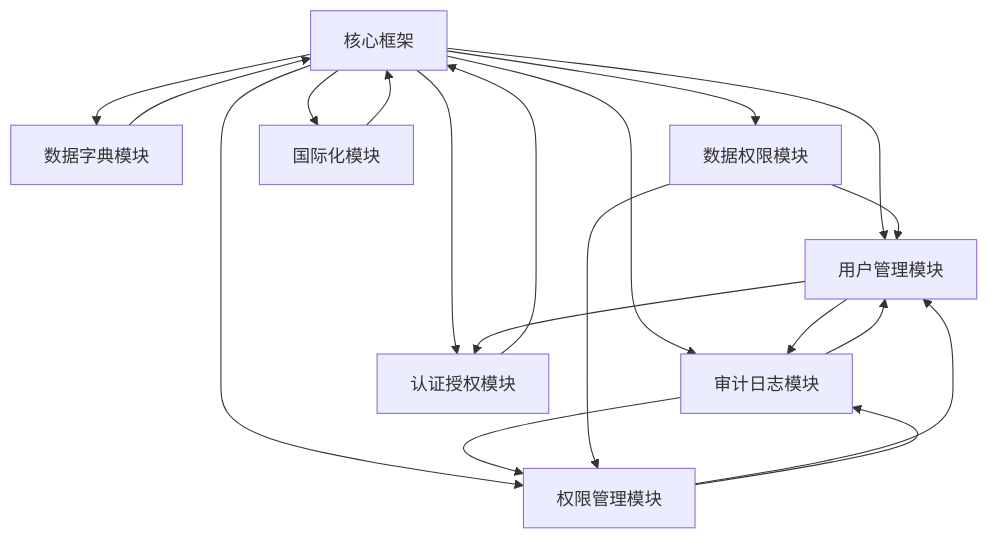
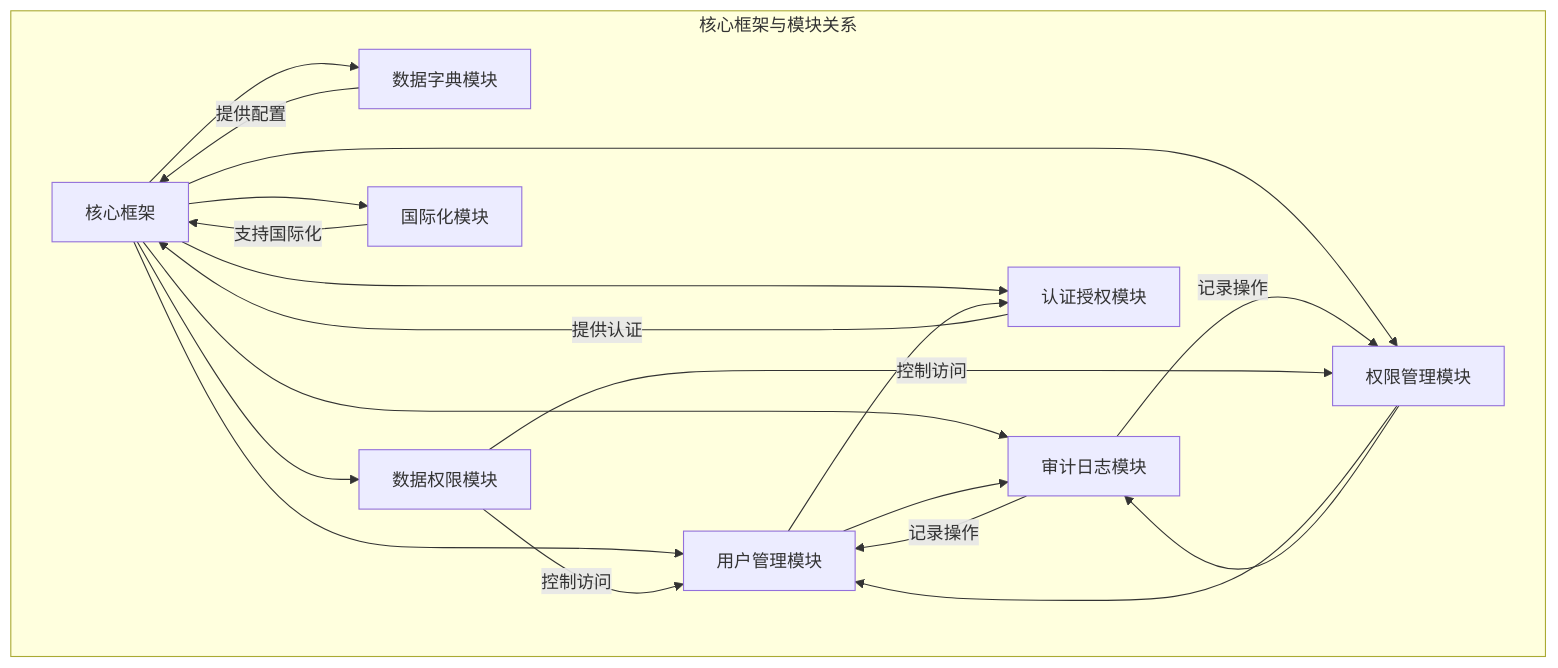
Before and after one commit to zhengbinger/bing-frame: the third of 3 diagrams in README.md, drawn with Mermaid. The commit also changed other lines of this file, not shown here.

Commit message:
优化README文档中的架构图表，使其更加正式规范

````diff
--- a/README.md
+++ b/README.md
@@ -127,22 +147,33 @@
 ```mermaid
 graph TD
-    A[核心框架] --> B[用户管理模块]
-    A --> C[权限管理模块]
-    A --> D[数据字典模块]
-    A --> E[审计日志模块]
-    A --> F[数据权限模块]
-    A --> G[认证授权模块]
-    A --> H[国际化模块]
+    subgraph "核心框架与模块关系"
+        A[核心框架]
+        B[用户管理模块]
+        C[权限管理模块]
+        D[数据字典模块]
+        E[审计日志模块]
+        F[数据权限模块]
+        G[认证授权模块]
+        H[国际化模块]
+    end
+    
+    A --> B
+    A --> C
+    A --> D
+    A --> E
+    A --> F
+    A --> G
+    A --> H
     
     B --> G
     B --> E
     C --> B
     C --> E
-    D --> A
-    E --> B
-    E --> C
-    F --> B
-    F --> C
-    G --> A
-    H --> A
+    D -- "提供配置" --> A
+    E -- "记录操作" --> B
+    E -- "记录操作" --> C
+    F -- "控制访问" --> B
+    F -- "控制访问" --> C
+    G -- "提供认证" --> A
+    H -- "支持国际化" --> A
 ```
````
